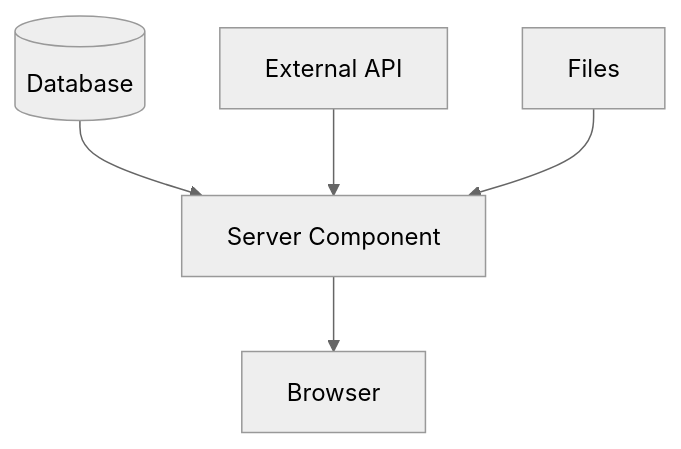
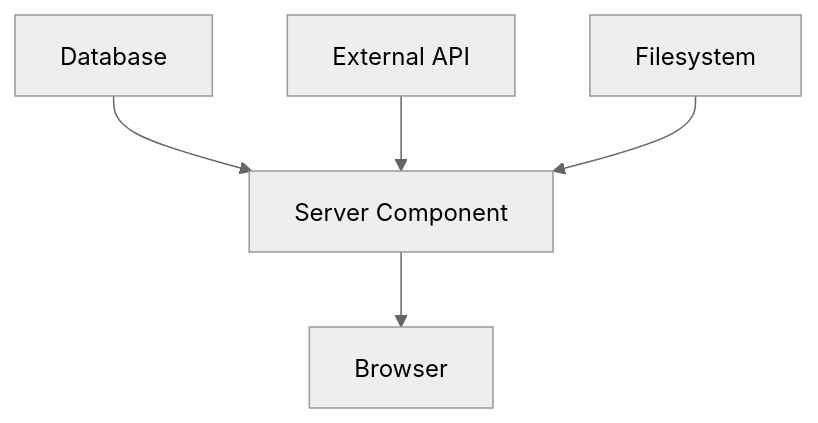
Before and after one commit to seanwhs/Tutorials: the fifth of 12 diagrams in NextJS/Next-JS-Tutorial/Articles/Modern-Client-Server-Architecture.md, drawn with Mermaid (neutral theme). The commit also changed other lines of this file, not shown here.

````diff
--- a/NextJS/Next-JS-Tutorial/Articles/Modern-Client-Server-Architecture.md
+++ b/NextJS/Next-JS-Tutorial/Articles/Modern-Client-Server-Architecture.md
@@ -267,21 +294,16 @@
 ```mermaid
 graph TD
+    DB[Database]
+    API[External API]
+    FS[Filesystem]
 
-Browser
+    SC[Server Component]
 
-ServerComponent[
-Server Component
-]
+    BROWSER[Browser]
 
-Database[(Database)]
+    DB --> SC
+    API --> SC
+    FS --> SC
 
-API[External API]
-
-Filesystem[Files]
-
-Database --> ServerComponent
-API --> ServerComponent
-Filesystem --> ServerComponent
-
-ServerComponent --> Browser
+    SC --> BROWSER
 ```
````
